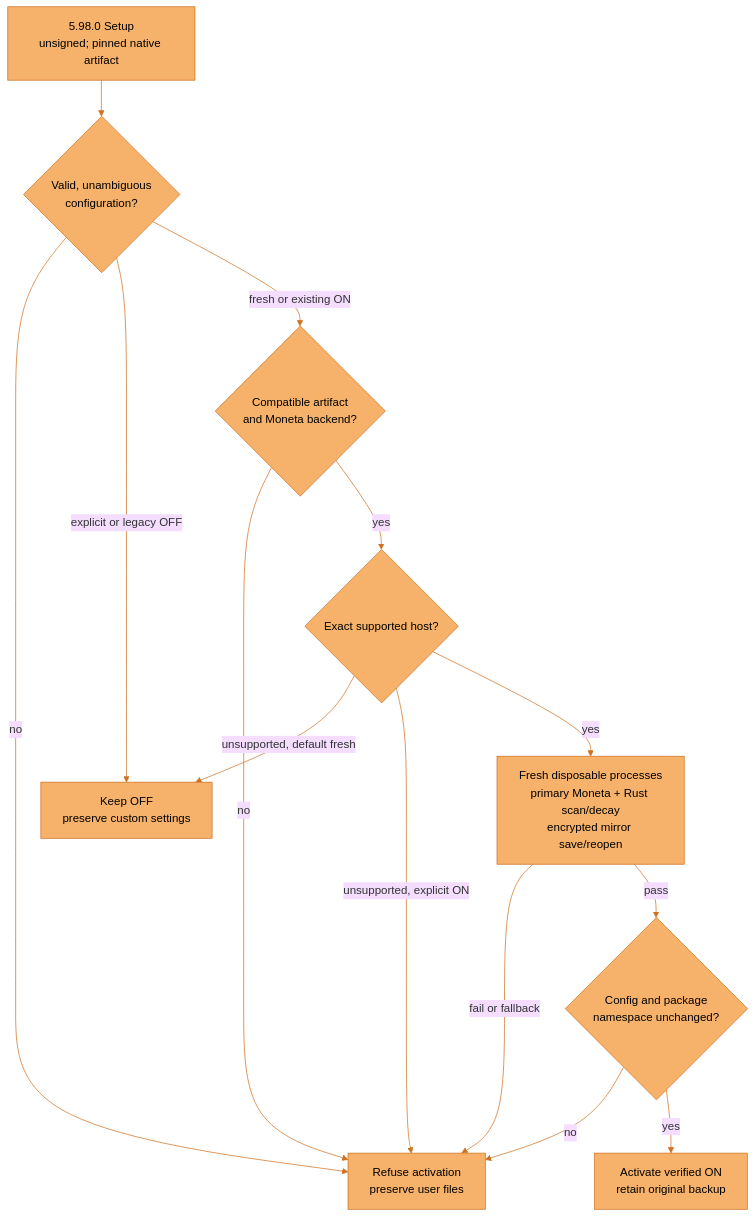
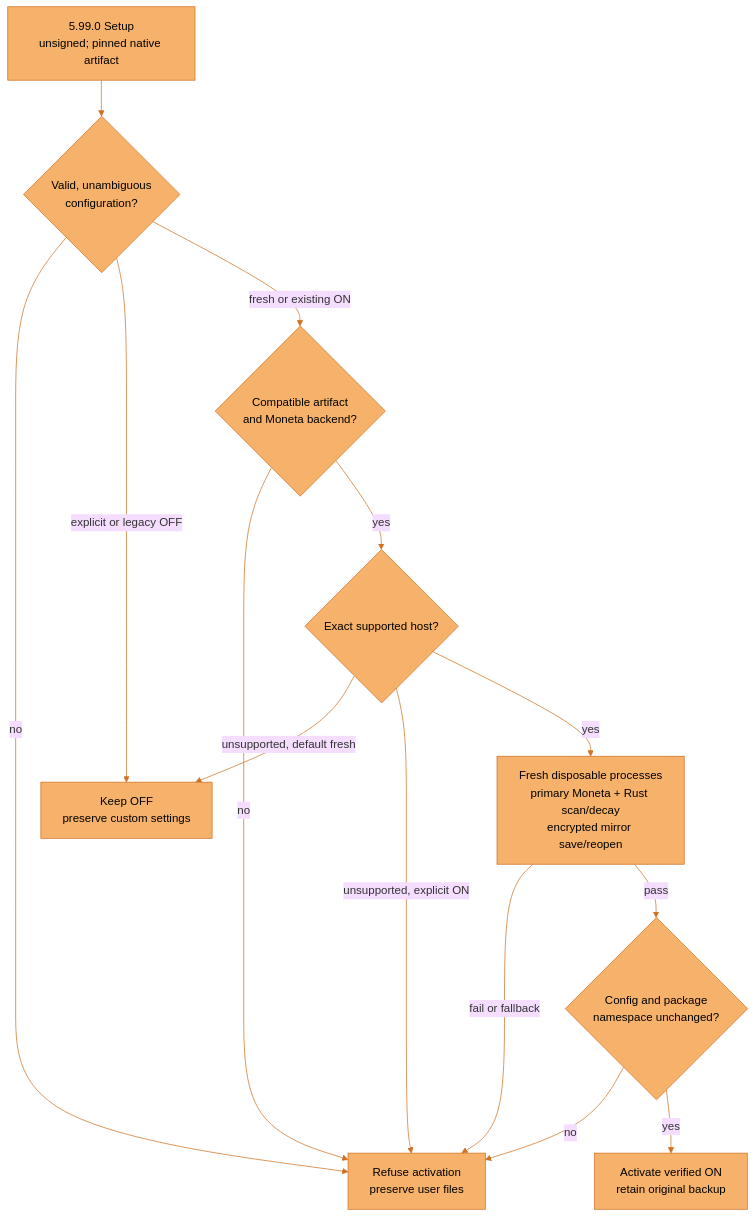
One commit to JosephOIbrahim/Synapse changed the first of 11 diagrams in docs/architecture/overview.md. Above: the diagram before and after it, drawn with Mermaid (base theme). The commit also changed other lines of this file and 10 other files, not shown here.

````diff
--- a/docs/architecture/overview.md
+++ b/docs/architecture/overview.md
@@ -12,20 +12,20 @@
 ```mermaid
 flowchart TD
     accTitle: Native activation preserves choices and requires real execution
     accDescr: Setup validates and snapshots the configuration. Explicit OFF and legacy default OFF stay OFF. Fresh supported hosts and existing ON setups need a pinned compatible artifact and actual disposable Moneta scan, decay and encrypted mirror reopen. Failure preserves registration. Configuration or namespace edits refuse activation. An incompatible artifact, or a primary backend that is not Moneta, refuses activation whatever the choice was made. An unsupported host keeps a default-fresh install OFF and refuses an explicit ON.
-    S["5.98.0 Setup<br/>unsigned; pinned native artifact"] --> V{"Valid, unambiguous<br/>configuration?"}
+    S["5.99.0 Setup<br/>unsigned; pinned native artifact"] --> V{"Valid, unambiguous<br/>configuration?"}
     V -->|"no"| B["Refuse activation<br/>preserve user files"]
     V -->|"explicit or legacy OFF"| O["Keep OFF<br/>preserve custom settings"]
     V -->|"fresh or existing ON"| H{"Compatible artifact<br/>and Moneta backend?"}
     H -->|"no"| B
     H -->|"yes"| S2{"Exact supported host?"}
     S2 -->|"unsupported, default fresh"| O
     S2 -->|"unsupported, explicit ON"| B
     S2 -->|"yes"| E["Fresh disposable processes<br/>primary Moneta + Rust scan/decay<br/>encrypted mirror save/reopen"]
     E -->|"fail or fallback"| B
     E -->|"pass"| C{"Config and package<br/>namespace unchanged?"}
     C -->|"no"| B
     C -->|"yes"| A["Activate verified ON<br/>retain original backup"]
     classDef default fill:#F6B26B,stroke:#D07020,color:#000000
     linkStyle default stroke:#D07020,fill:none
 ```
````
